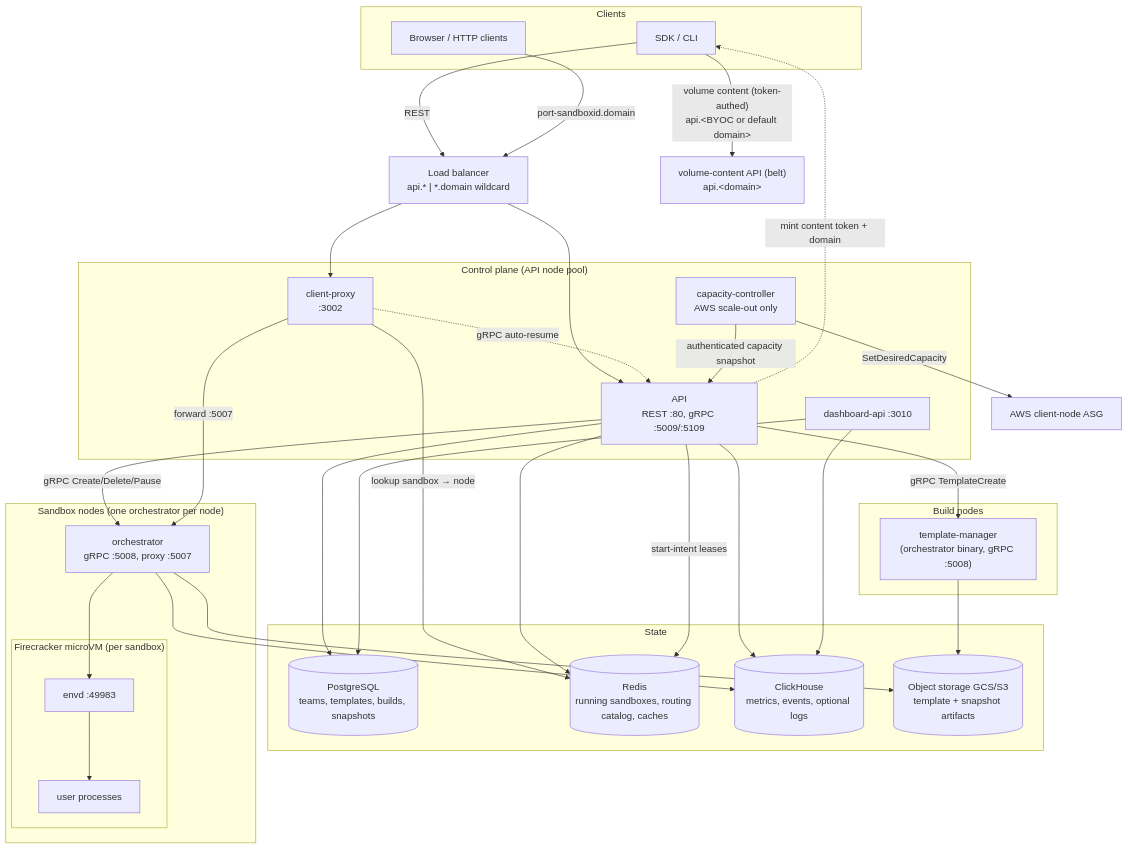
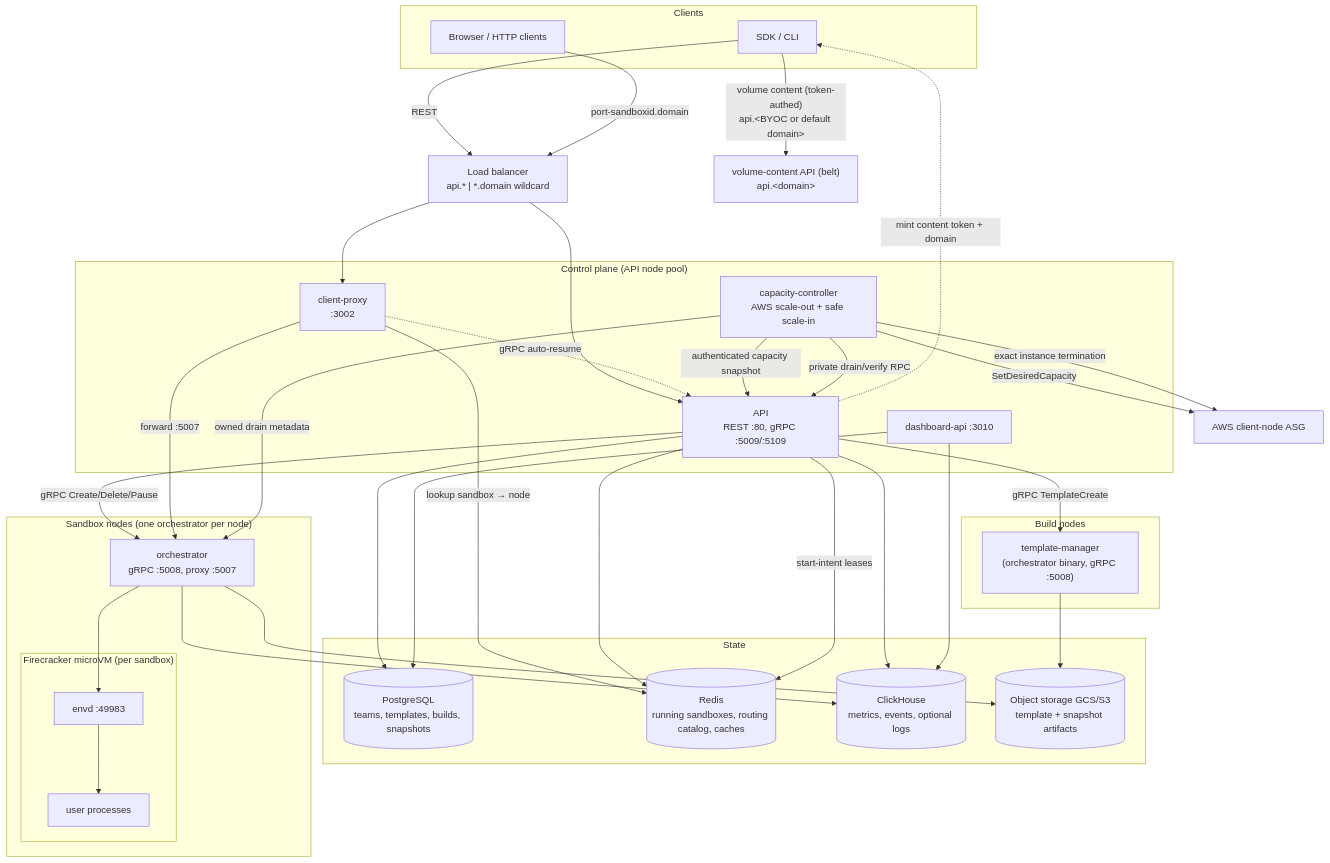
The first of 6 diagrams in docs/ARCHITECTURE.md (storyicon/e2b-infra), drawn with Mermaid before and after one commit. The commit also changed other lines of this file and 52 other files, not shown here.

Commit message:
feat(capacity-controller): add verified worker scale-in

````diff
--- a/docs/ARCHITECTURE.md
+++ b/docs/ARCHITECTURE.md
@@ -32,56 +32,59 @@
 ```mermaid
 flowchart TB
     subgraph clients["Clients"]
         SDK["SDK / CLI"]
         Browser["Browser / HTTP clients"]
     end
 
     LB["Load balancer<br/>api.* | *.domain wildcard"]
 
     VC["volume-content API (belt)<br/>api.&lt;domain&gt;"]
 
     subgraph controlplane["Control plane (API node pool)"]
         API["API<br/>REST :80, gRPC :5009/:5109"]
         DashAPI["dashboard-api :3010"]
         CP["client-proxy<br/>:3002"]
-        CC["capacity-controller<br/>AWS scale-out only"]
+        CC["capacity-controller<br/>AWS scale-out + safe scale-in"]
     end
 
     subgraph datastores["State"]
         PG[("PostgreSQL<br/>teams, templates, builds, snapshots")]
         RD[("Redis<br/>running sandboxes, routing catalog, caches")]
         CH[("ClickHouse<br/>metrics, events, optional logs")]
         OS[("Object storage GCS/S3<br/>template + snapshot artifacts")]
     end
 
     subgraph clientnode["Sandbox nodes (one orchestrator per node)"]
         ORCH["orchestrator<br/>gRPC :5008, proxy :5007"]
         subgraph vm["Firecracker microVM (per sandbox)"]
             ENVD["envd :49983"]
             USERPROC["user processes"]
         end
     end
 
     subgraph buildnode["Build nodes"]
         TM["template-manager<br/>(orchestrator binary, gRPC :5008)"]
     end
 
     SDK -->|REST| LB --> API
     Browser -->|"port-sandboxid.domain"| LB --> CP
     API -.->|"mint content token + domain"| SDK
     SDK -->|"volume content (token-authed)<br/>api.&lt;BYOC or default domain&gt;"| VC
     API -->|"gRPC Create/Delete/Pause"| ORCH
     API -->|"gRPC TemplateCreate"| TM
     CP -->|"lookup sandbox → node"| RD
     CP -->|"forward :5007"| ORCH
     CP -.->|"gRPC auto-resume"| API
     ORCH --> ENVD
     ENVD --> USERPROC
     API --> PG & RD & CH
     API -->|"start-intent leases"| RD
     CC -->|"authenticated capacity snapshot"| API
     CC -->|"SetDesiredCapacity"| ASG["AWS client-node ASG"]
+    CC -->|"private drain/verify RPC"| API
+    CC -->|"owned drain metadata"| ORCH
+    CC -->|"exact instance termination"| ASG
     DashAPI --> PG & CH
     ORCH --> OS & CH
     TM --> OS
 ```
````
